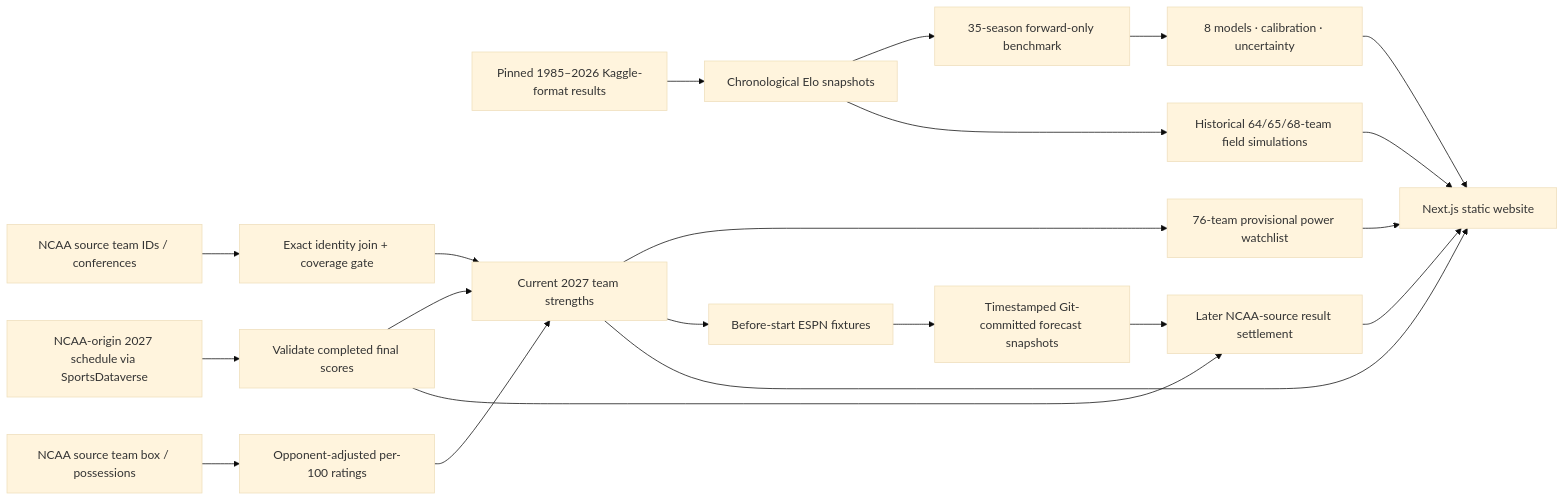
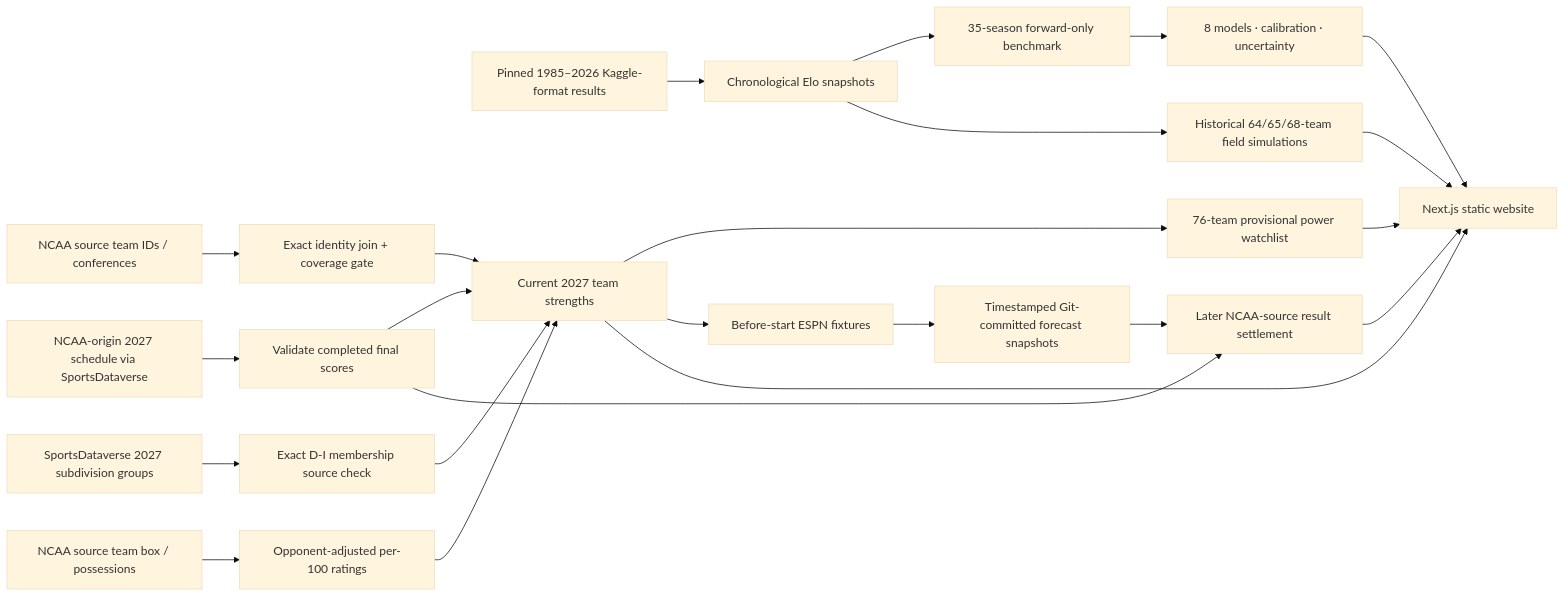
The diagram in README.md (dokeefe414/March-Madness-Forecasting), drawn with Mermaid (base theme) before and after one commit. The commit also changed other lines of this file and 5 other files, not shown here.

Commit message:
Document independent Division I season-membership verification and complete v0.6 source/data contracts

````diff
--- a/README.md
+++ b/README.md
@@ -66,23 +66,25 @@
 ```mermaid
 flowchart LR
   A["Pinned 1985–2026 Kaggle-format results"] --> B["Chronological Elo snapshots"]
   B --> C["35-season forward-only benchmark"]
   C --> D["8 models · calibration · uncertainty"]
   B --> E["Historical 64/65/68-team field simulations"]
   F["NCAA-origin 2027 schedule via SportsDataverse"] --> G["Validate completed final scores"]
   H["NCAA source team IDs / conferences"] --> I["Exact identity join + coverage gate"]
   J["NCAA source team box / possessions"] --> K["Opponent-adjusted per-100 ratings"]
   G --> L["Current 2027 team strengths"]
   I --> L
+  R["SportsDataverse 2027 subdivision groups"] --> S["Exact D-I membership source check"]
+  S --> L
   K --> L
   L --> M["76-team provisional power watchlist"]
   L --> N["Before-start ESPN fixtures"]
   N --> O["Timestamped Git-committed forecast snapshots"]
   G --> P["Later NCAA-source result settlement"]
   O --> P
   D --> Q["Next.js static website"]
   E --> Q
   L --> Q
   M --> Q
   P --> Q
 ```
````
